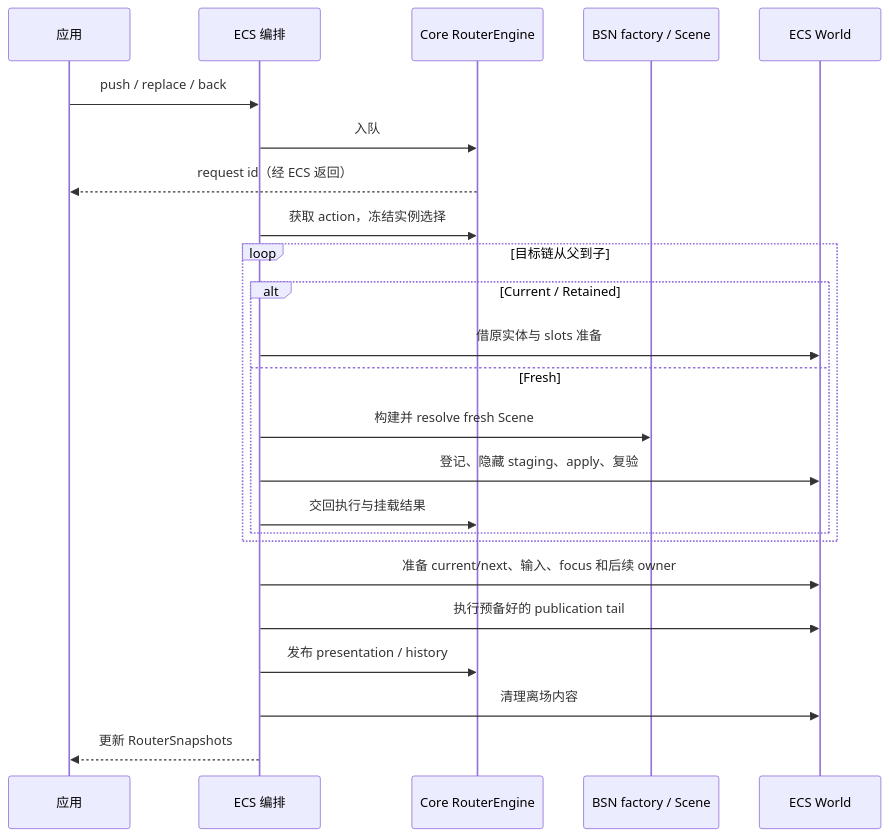
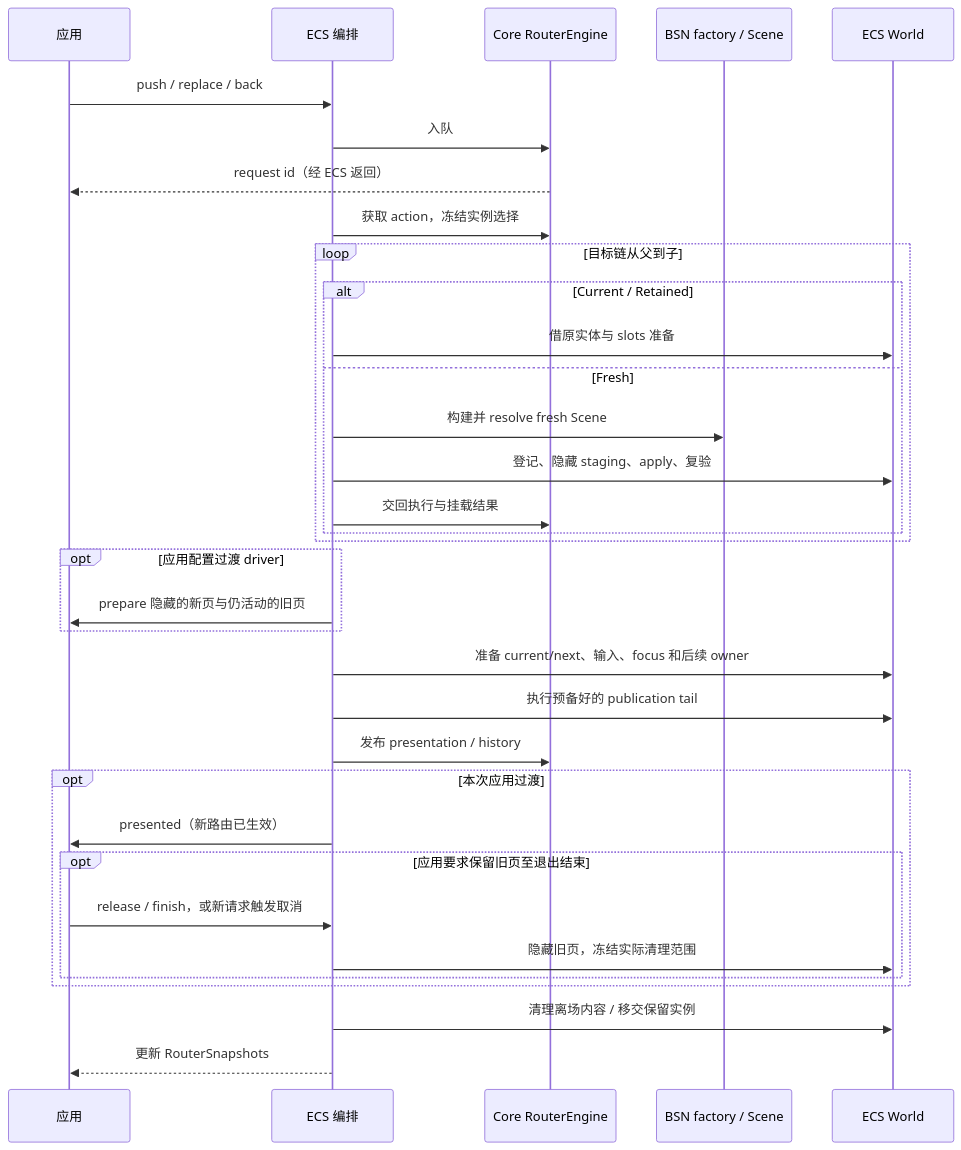
The second of 3 diagrams in docs/architecture/runtime.md (shengyusi-SYS/bevy_ui_router), drawn with Mermaid before and after one commit. The commit also changed other lines of this file and 28 other files, not shown here.

````diff
--- a/docs/architecture/runtime.md
+++ b/docs/architecture/runtime.md
@@ -38,26 +38,36 @@
 ```mermaid
 sequenceDiagram
     participant App as 应用
     participant Nav as ECS 编排
     participant Core as Core RouterEngine
     participant Scene as BSN factory / Scene
     participant World as ECS World
     App->>Nav: push / replace / back
     Nav->>Core: 入队
     Core-->>App: request id（经 ECS 返回）
     Nav->>Core: 获取 action，冻结实例选择
     loop 目标链从父到子
         alt Current / Retained
             Nav->>World: 借原实体与 slots 准备
         else Fresh
             Nav->>Scene: 构建并 resolve fresh Scene
             Nav->>World: 登记、隐藏 staging、apply、复验
             Nav->>Core: 交回执行与挂载结果
         end
     end
+    opt 应用配置过渡 driver
+        Nav->>App: prepare 隐藏的新页与仍活动的旧页
+    end
     Nav->>World: 准备 current/next、输入、focus 和后续 owner
     Nav->>World: 执行预备好的 publication tail
     Nav->>Core: 发布 presentation / history
-    Nav->>World: 清理离场内容
+    opt 本次应用过渡
+        Nav->>App: presented（新路由已生效）
+        opt 应用要求保留旧页至退出结束
+            App->>Nav: release / finish，或新请求触发取消
+            Nav->>World: 隐藏旧页，冻结实际清理范围
+        end
+    end
+    Nav->>World: 清理离场内容 / 移交保留实例
     Nav-->>App: 更新 RouterSnapshots
 ```
````
